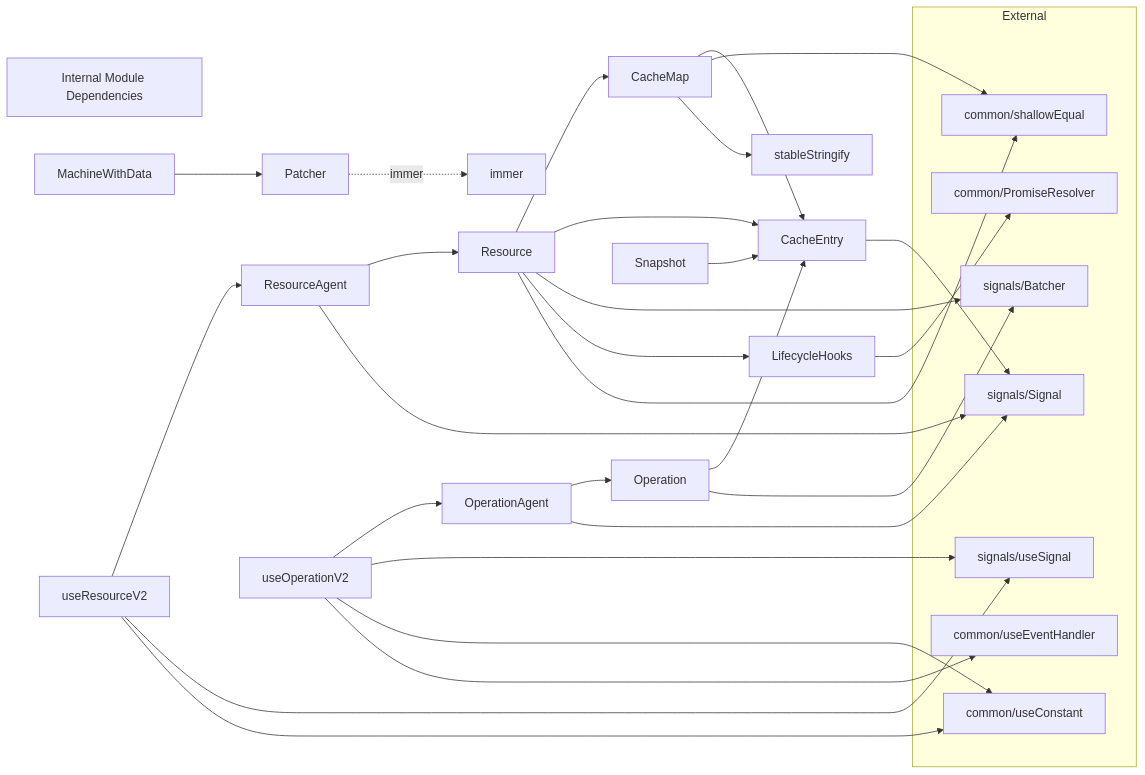
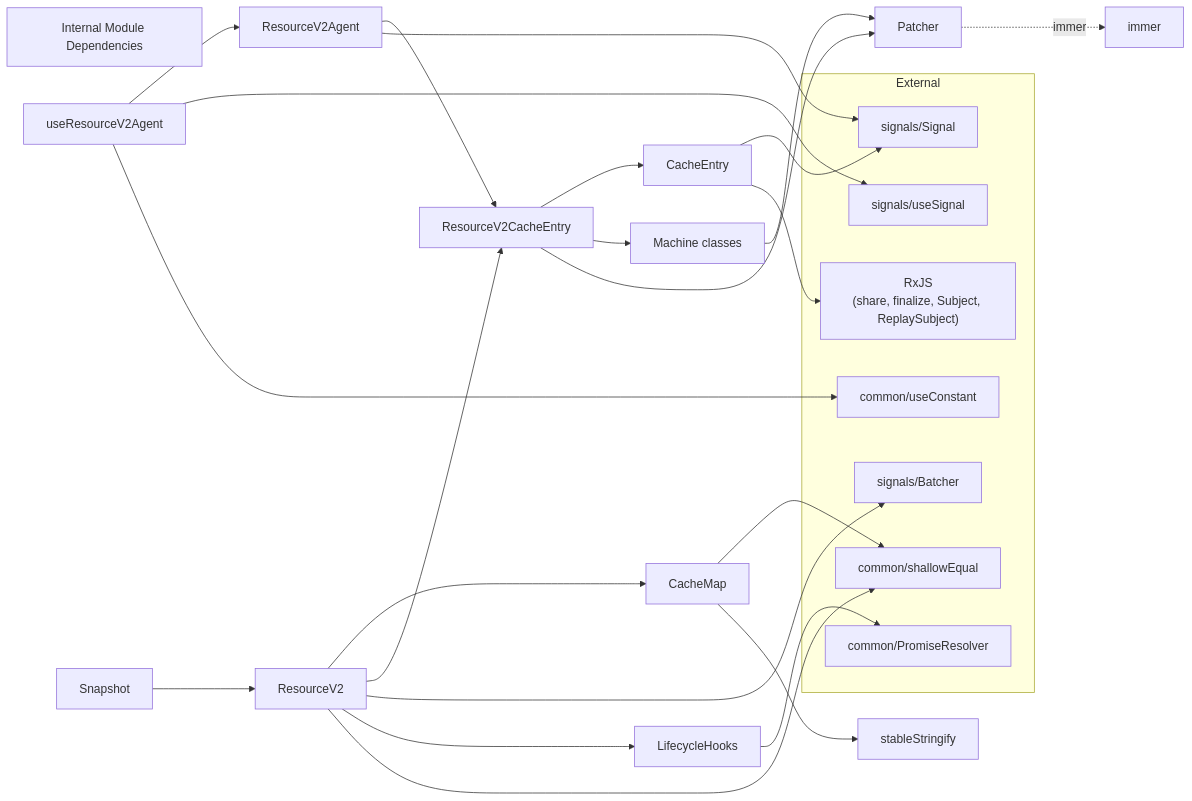
Before and after one commit to fozy-labs/rx-toolkit: the fifth of 8 diagrams in .thoughts/2026-03-23-1400_query-v2-full-implementation/02-design/01-architecture.md, drawn with Mermaid. The commit also changed other lines of this file and 204 other files, not shown here.

````diff
--- a/.thoughts/2026-03-23-1400_query-v2-full-implementation/02-design/01-architecture.md
+++ b/.thoughts/2026-03-23-1400_query-v2-full-implementation/02-design/01-architecture.md
@@ -203,42 +186,38 @@
 ```mermaid
 graph LR
     title["Internal Module Dependencies"]
     
     subgraph External
         Sig["signals/Signal"]
         Bat["signals/Batcher"]
         uSig["signals/useSignal"]
         PR["common/PromiseResolver"]
         SE["common/shallowEqual"]
         UC["common/useConstant"]
-        UE["common/useEventHandler"]
+        RxJS["RxJS<br/>(share, finalize, Subject, ReplaySubject)"]
     end
     
     CE["CacheEntry"] --> Sig
-    CM["CacheMap"] --> CE
-    CM --> SE
+    CE --> RxJS
+    RCE["ResourceV2CacheEntry"] --> CE
+    CM["CacheMap"] --> SE
     CM --> SS["stableStringify"]
     Pat["Patcher"] -.->|"immer"| IMR["immer"]
-    MWD["MachineWithData"] --> Pat
-    Res["Resource"] --> CM
-    Res --> CE
+    Machines["Machine classes"]
+    RCE --> Machines
+    Machines --> Pat
+    RCE --> Pat
+    Res["ResourceV2"] --> CM
+    Res --> RCE
     Res --> Bat
     Res --> LH["LifecycleHooks"]
     Res --> SE
     LH --> PR
-    RA["ResourceAgent"] --> Res
+    RA["ResourceV2Agent"] --> RCE
     RA --> Sig
-    Op["Operation"] --> CE
-    Op --> Bat
-    OA["OperationAgent"] --> Op
-    OA --> Sig
-    Snap["Snapshot"] --> CE
+    Snap["Snapshot"] --> Res
     
-    uRes["useResourceV2"] --> RA
-    uRes --> uSig
-    uRes --> UC
-    uOp["useOperationV2"] --> OA
-    uOp --> uSig
-    uOp --> UC
-    uOp --> UE
+    uResAgent["useResourceV2Agent"] --> RA
+    uResAgent --> uSig
+    uResAgent --> UC
 ```
````
